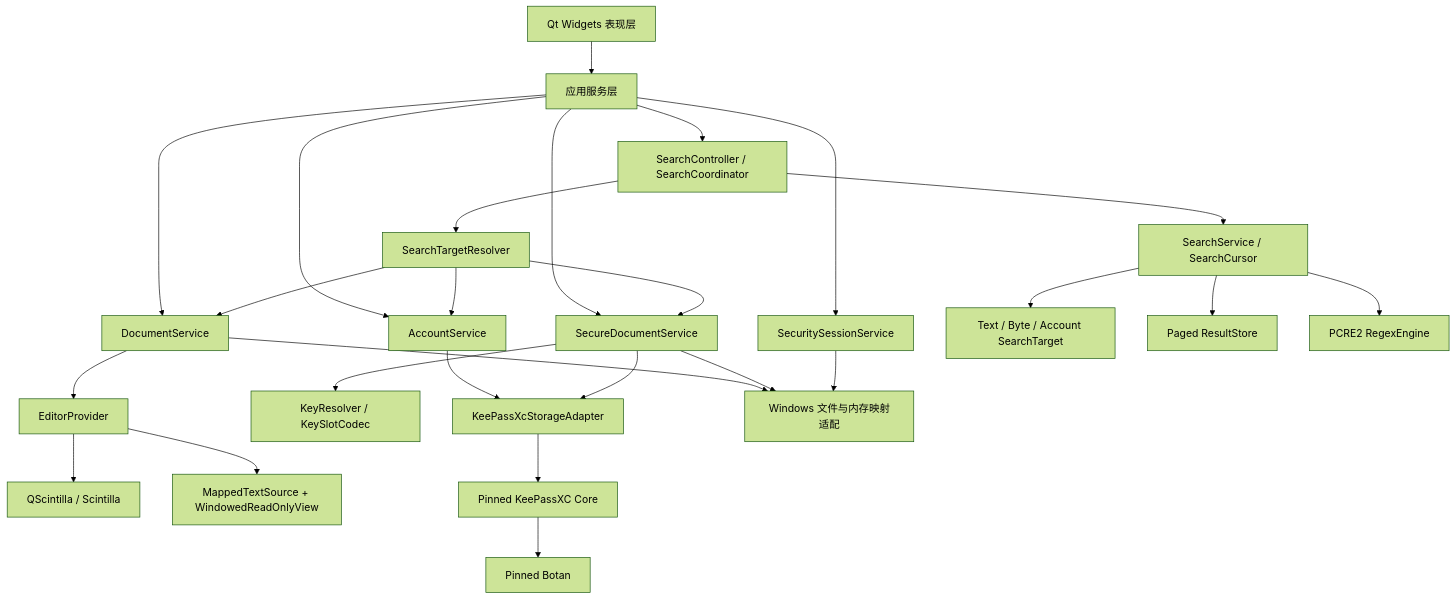
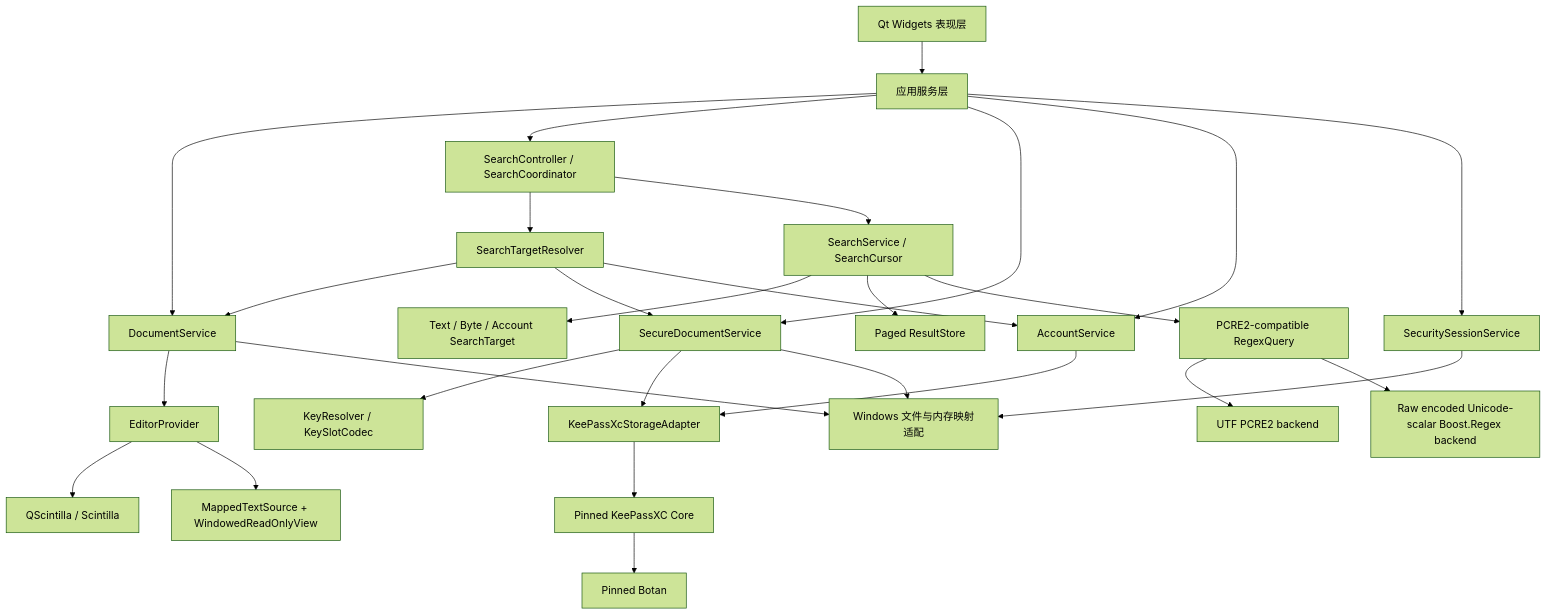
One commit to iwandac/Notepad-Safe changed the first of 6 diagrams in docs/DESIGN.md. Above: the diagram before and after it, drawn with Mermaid (forest theme). The commit also changed other lines of this file and 7410 other files, not shown here.

First line of the commit message:
feat: complete Qt editor architecture and offline build

````diff
--- a/docs/DESIGN.md
+++ b/docs/DESIGN.md
@@ -86,32 +87,34 @@
 ```mermaid
 flowchart TB
     UI["Qt Widgets 表现层"] --> APP["应用服务层"]
     APP --> DOC["DocumentService"]
     APP --> SEARCH["SearchController / SearchCoordinator"]
     APP --> SECURE["SecureDocumentService"]
     APP --> ACCOUNT["AccountService"]
     APP --> SESSION["SecuritySessionService"]
 
     DOC --> EDITOR["EditorProvider"]
     EDITOR --> SCI["QScintilla / Scintilla"]
     EDITOR --> MAP["MappedTextSource + WindowedReadOnlyView"]
 
     SEARCH --> TARGET["SearchTargetResolver"]
     TARGET --> DOC
     TARGET --> SECURE
     TARGET --> ACCOUNT
     SEARCH --> ENGINE["SearchService / SearchCursor"]
     ENGINE --> SNAP["Text / Byte / Account SearchTarget"]
     ENGINE --> RESULT["Paged ResultStore"]
-    ENGINE --> PCRE["PCRE2 RegexEngine"]
+    ENGINE --> DIALECT["PCRE2-compatible RegexQuery"]
+    DIALECT --> PCRE["UTF PCRE2 backend"]
+    DIALECT --> RAW["Raw encoded Unicode-scalar Boost.Regex backend"]
 
     SECURE --> KEY["KeyResolver / KeySlotCodec"]
     ACCOUNT --> ADAPTER["KeePassXcStorageAdapter"]
     SECURE --> ADAPTER
     ADAPTER --> KPXC["Pinned KeePassXC Core"]
     KPXC --> BOTAN["Pinned Botan"]
 
     DOC --> PLATFORM["Windows 文件与内存映射适配"]
     SECURE --> PLATFORM
     SESSION --> PLATFORM
 ```
````
